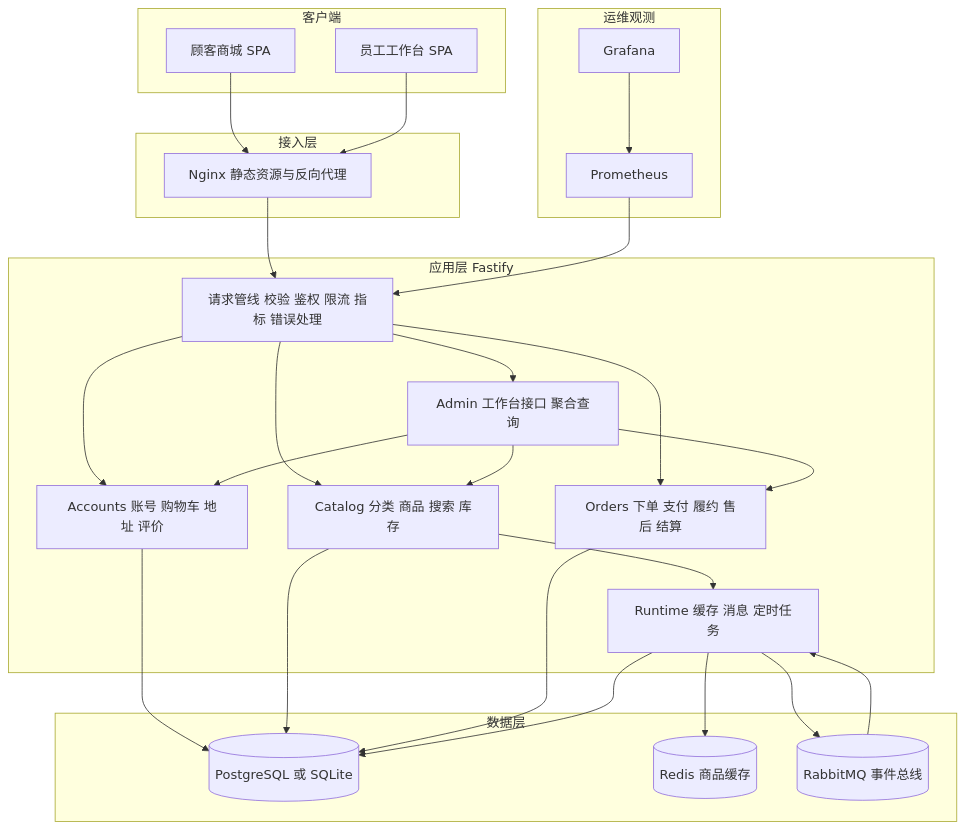
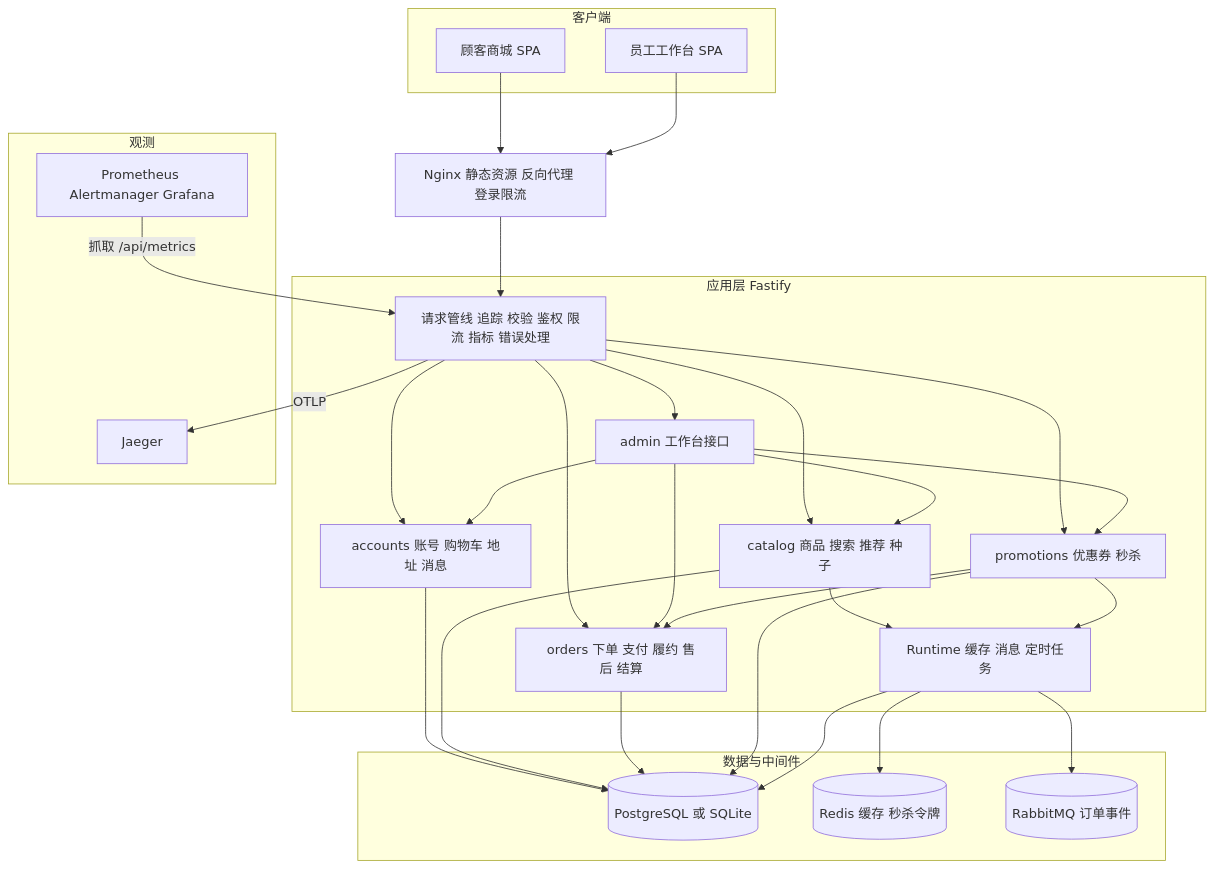
One commit to Weishi-corroding/freshmarket-platform changed the first of 13 diagrams in docs/design.md. Above: the diagram before and after it, drawn with Mermaid. The commit also changed other lines of this file and 67 other files, not shown here.

````diff
--- a/docs/design.md
+++ b/docs/design.md
@@ -112,47 +81,50 @@
 ```mermaid
 flowchart TB
   subgraph Client["客户端"]
     Shop["顾客商城 SPA"]
     Console["员工工作台 SPA"]
   end
-  subgraph Gateway["接入层"]
-    Nginx["Nginx 静态资源与反向代理"]
-  end
+  Nginx["Nginx 静态资源 反向代理 登录限流"]
   subgraph API["应用层 Fastify"]
-    Pipeline["请求管线 校验 鉴权 限流 指标 错误处理"]
-    Accounts["Accounts 账号 购物车 地址 评价"]
-    Catalog["Catalog 分类 商品 搜索 库存"]
-    Orders["Orders 下单 支付 履约 售后 结算"]
-    Admin["Admin 工作台接口 聚合查询"]
+    Pipeline["请求管线 追踪 校验 鉴权 限流 指标 错误处理"]
+    Accounts["accounts 账号 购物车 地址 消息"]
+    Catalog["catalog 商品 搜索 推荐 种子"]
+    Orders["orders 下单 支付 履约 售后 结算"]
+    Promotions["promotions 优惠券 秒杀"]
+    Admin["admin 工作台接口"]
     Runtime["Runtime 缓存 消息 定时任务"]
   end
-  subgraph Data["数据层"]
+  subgraph Data["数据与中间件"]
     DB[("PostgreSQL 或 SQLite")]
-    Redis[("Redis 商品缓存")]
-    MQ[("RabbitMQ 事件总线")]
+    Redis[("Redis 缓存 秒杀令牌")]
+    MQ[("RabbitMQ 订单事件")]
   end
-  subgraph Ops["运维观测"]
-    Prom["Prometheus"]
-    Grafana["Grafana"]
+  subgraph Ops["观测"]
+    Prom["Prometheus Alertmanager Grafana"]
+    Jaeger["Jaeger"]
   end
   Shop --> Nginx
   Console --> Nginx
   Nginx --> Pipeline
   Pipeline --> Accounts
   Pipeline --> Catalog
   Pipeline --> Orders
+  Pipeline --> Promotions
   Pipeline --> Admin
   Admin --> Accounts
   Admin --> Catalog
   Admin --> Orders
+  Admin --> Promotions
+  Promotions --> Orders
   Accounts --> DB
   Catalog --> DB
   Orders --> DB
+  Promotions --> DB
   Catalog --> Runtime
+  Promotions --> Runtime
   Runtime --> Redis
   Runtime --> MQ
   Runtime --> DB
-  MQ --> Runtime
-  Prom --> Pipeline
-  Grafana --> Prom
+  Prom -->|"抓取 /api/metrics"| Pipeline
+  Pipeline -->|"OTLP"| Jaeger
 ```
````
